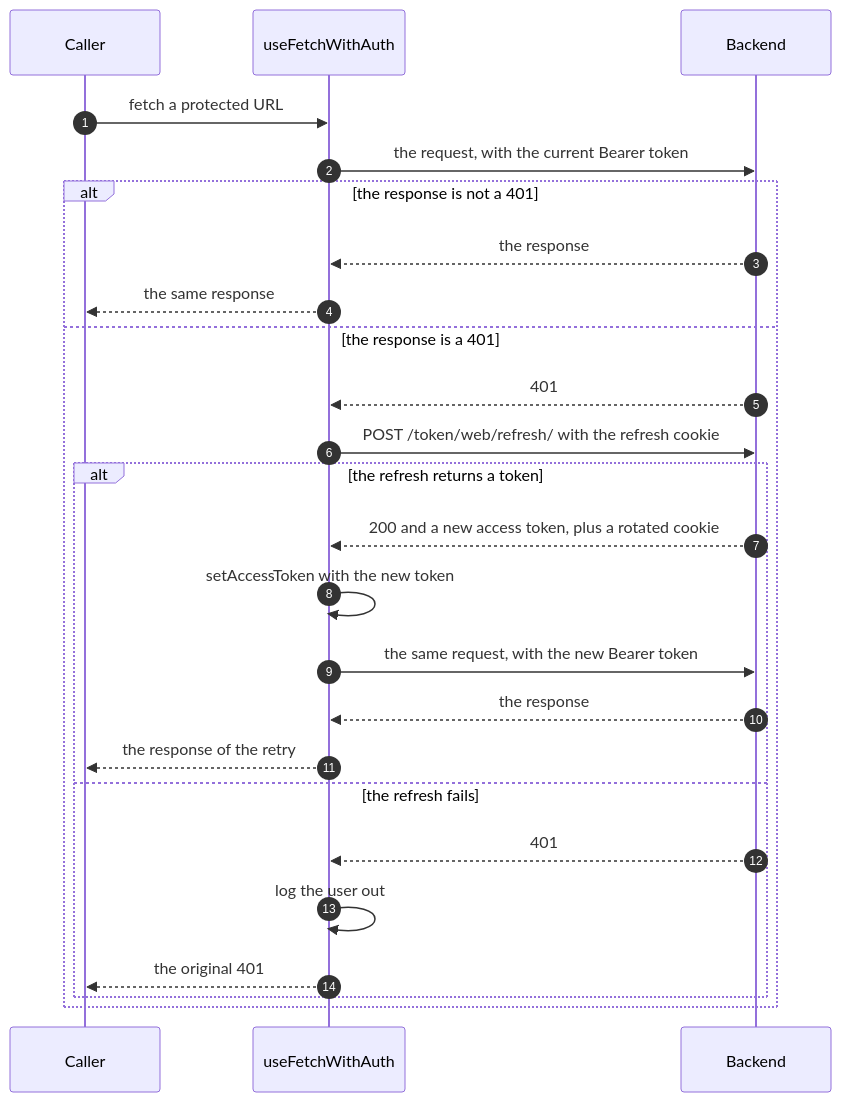
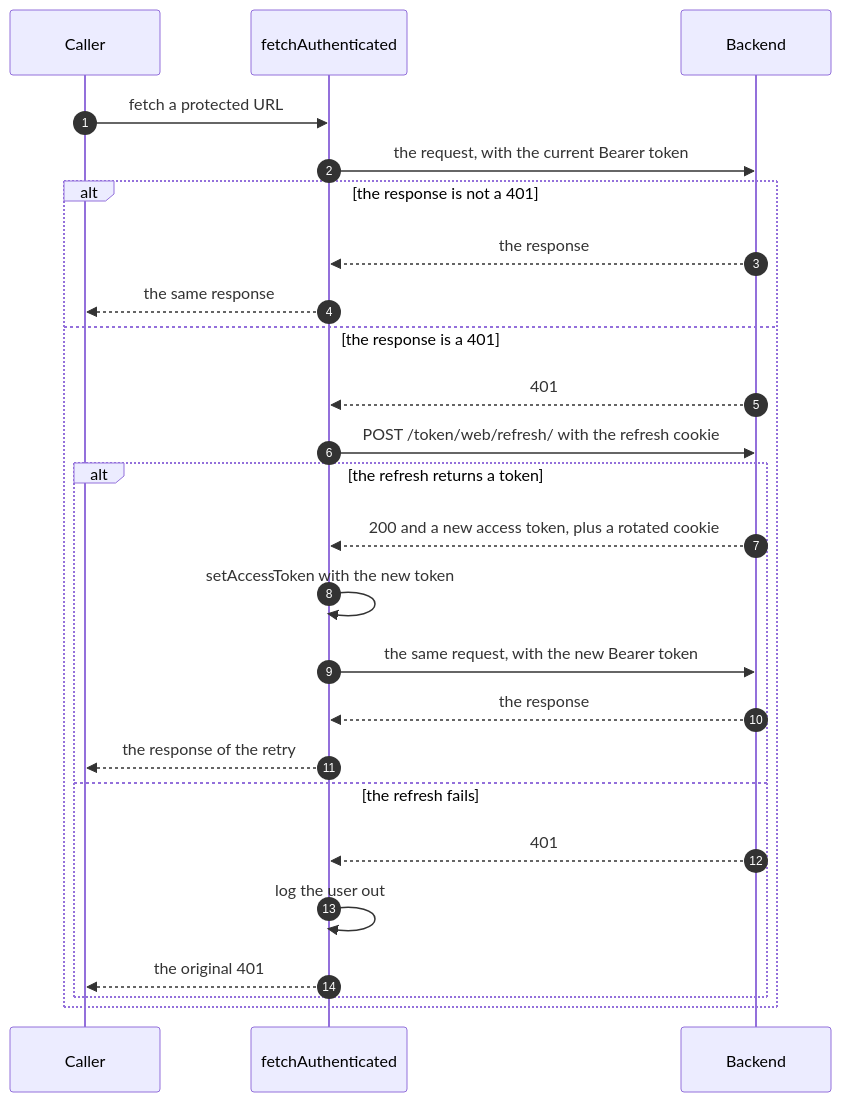
One commit to floels/pinit changed the fourth of 5 diagrams in web/doc/authentication.v2.md. Above: the diagram before and after it, drawn with Mermaid. The commit also changed other lines of this file and 25 other files, not shown here.

````diff
--- a/web/doc/authentication.v2.md
+++ b/web/doc/authentication.v2.md
@@ -185,28 +206,28 @@
 ```mermaid
 sequenceDiagram
     autonumber
     participant C as Caller
-    participant F as useFetchWithAuth
+    participant F as fetchAuthenticated
     participant B as Backend
 
     C->>F: fetch a protected URL
     F->>B: the request, with the current Bearer token
     alt the response is not a 401
         B-->>F: the response
         F-->>C: the same response
     else the response is a 401
         B-->>F: 401
         F->>B: POST /token/web/refresh/ with the refresh cookie
         alt the refresh returns a token
             B-->>F: 200 and a new access token, plus a rotated cookie
             F->>F: setAccessToken with the new token
             F->>B: the same request, with the new Bearer token
             B-->>F: the response
             F-->>C: the response of the retry
         else the refresh fails
             B-->>F: 401
             F->>F: log the user out
             F-->>C: the original 401
         end
     end
 ```
````
